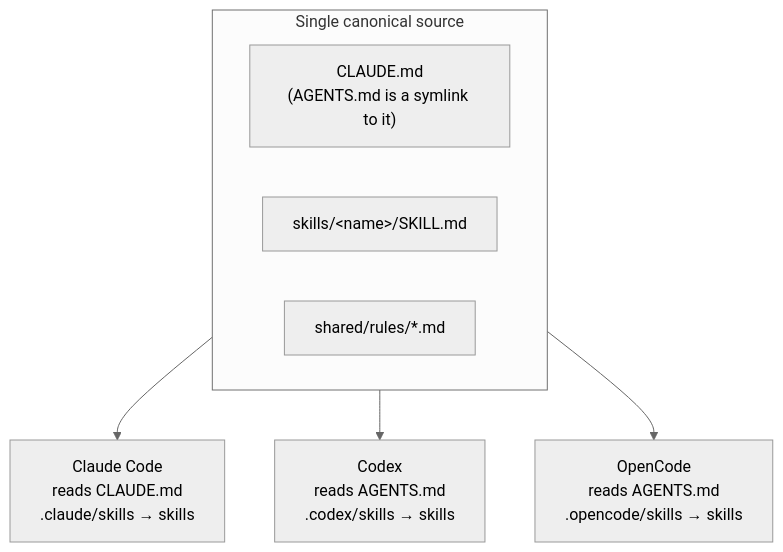
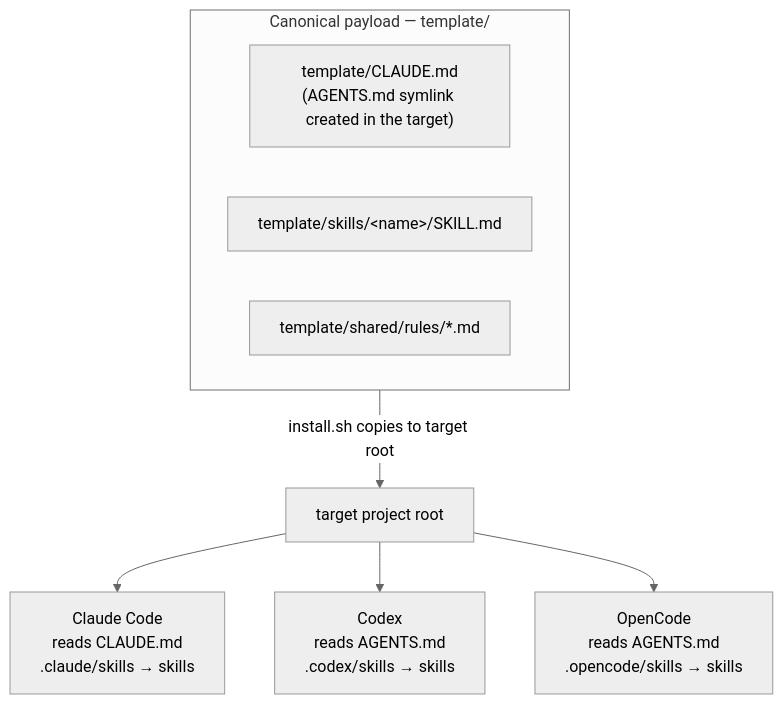
One commit to Juan-Motta/forge-ai changed the first of 2 diagrams in README.md. Above: the diagram before and after it, drawn with Mermaid (neutral theme). The commit also changed other lines of this file and 46 other files, not shown here.

First line of the commit message:
refactor: split shippable payload into template/, separate from repo dev files

````diff
--- a/README.md
+++ b/README.md
@@ -37,11 +39,12 @@
 ```mermaid
 flowchart TD
-    subgraph SRC["Single canonical source"]
-        INS["CLAUDE.md<br/>(AGENTS.md is a symlink to it)"]
-        SK["skills/&lt;name&gt;/SKILL.md"]
-        RU["shared/rules/*.md"]
+    subgraph SRC["Canonical payload — template/"]
+        INS["template/CLAUDE.md<br/>(AGENTS.md symlink created in the target)"]
+        SK["template/skills/&lt;name&gt;/SKILL.md"]
+        RU["template/shared/rules/*.md"]
     end
-    SRC --> CLAUDE["Claude Code<br/>reads CLAUDE.md<br/>.claude/skills → skills"]
-    SRC --> CODEX["Codex<br/>reads AGENTS.md<br/>.codex/skills → skills"]
-    SRC --> OPEN["OpenCode<br/>reads AGENTS.md<br/>.opencode/skills → skills"]
+    SRC -->|install.sh copies to target root| T["target project root"]
+    T --> CLAUDE["Claude Code<br/>reads CLAUDE.md<br/>.claude/skills → skills"]
+    T --> CODEX["Codex<br/>reads AGENTS.md<br/>.codex/skills → skills"]
+    T --> OPEN["OpenCode<br/>reads AGENTS.md<br/>.opencode/skills → skills"]
 ```
````
